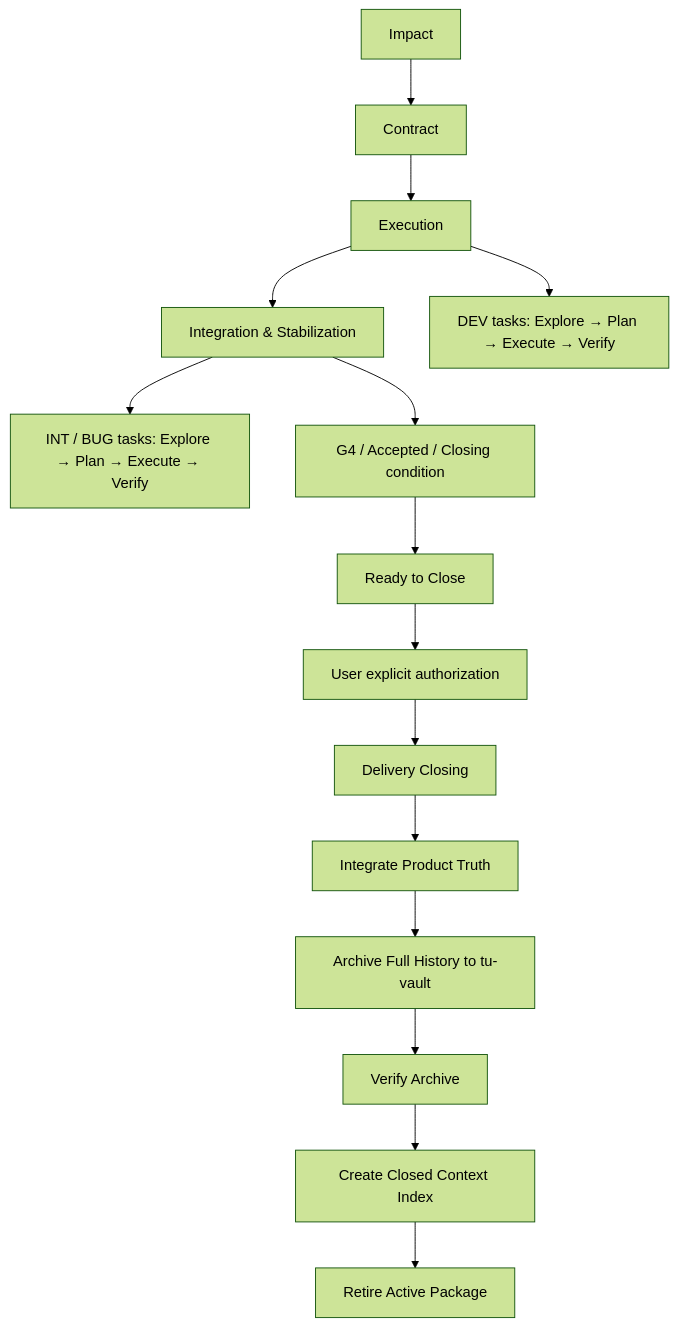
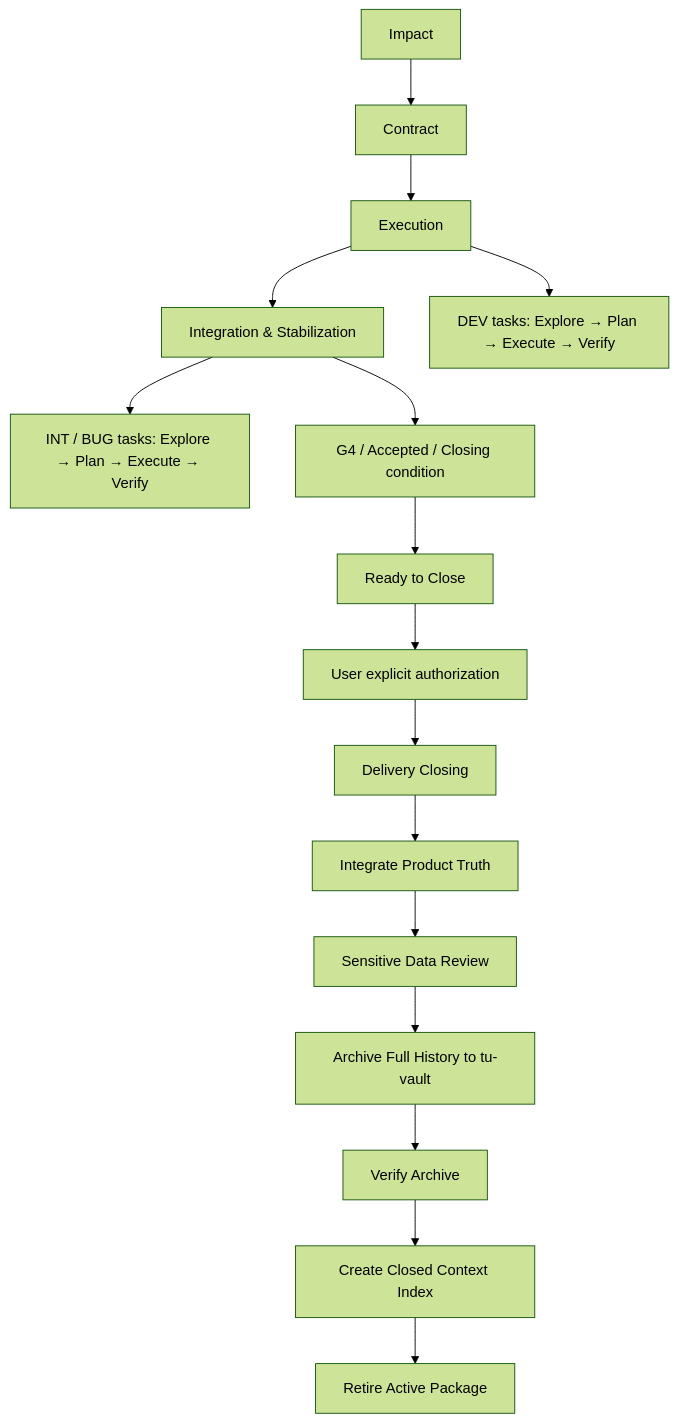
Before and after one commit to cnxutu/tu-engineering-workbench: the diagram in docs/workflows/feature-delivery/README.md, drawn with Mermaid (forest theme). The commit also changed other lines of this file and 14 other files, not shown here.

````diff
--- a/docs/workflows/feature-delivery/README.md
+++ b/docs/workflows/feature-delivery/README.md
@@ -140,15 +140,16 @@
 ```mermaid
 flowchart TD
     I[Impact] --> C[Contract] --> E[Execution] --> S[Integration & Stabilization]
     E --> D[DEV tasks: Explore → Plan → Execute → Verify]
     S --> T[INT / BUG tasks: Explore → Plan → Execute → Verify]
     S --> G[G4 / Accepted / Closing condition]
     G --> R[Ready to Close]
     R --> U[User explicit authorization]
     U --> DC[Delivery Closing]
     DC --> IP[Integrate Product Truth]
-    IP --> A[Archive Full History to tu-vault]
+    IP --> SDR[Sensitive Data Review]
+    SDR --> A[Archive Full History to tu-vault]
     A --> VA[Verify Archive]
     VA --> CI[Create Closed Context Index]
     CI --> RA[Retire Active Package]
 ```
````
